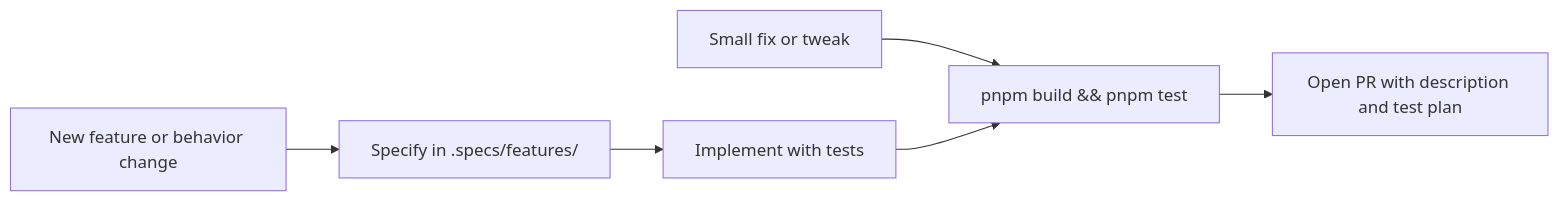
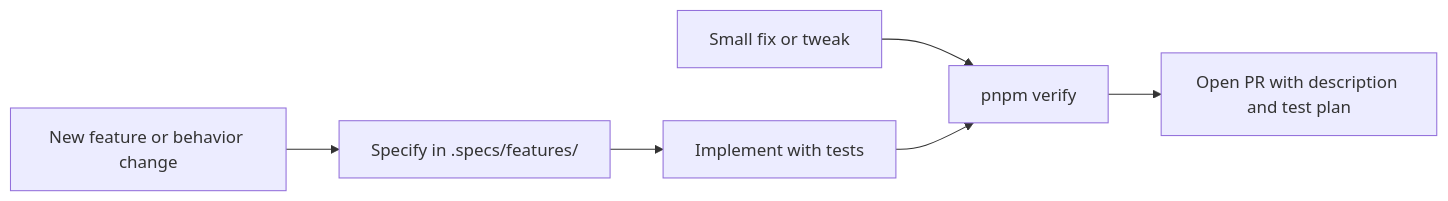
Before and after one commit to AlanTaranti/hotspot-scanner: the diagram in CONTRIBUTING.md, drawn with Mermaid. The commit also changed other lines of this file and 82 other files, not shown here.

First line of the commit message:
feat(dx): add CI, verify gate, and finish identity cleanup (M81)

````diff
--- a/CONTRIBUTING.md
+++ b/CONTRIBUTING.md
@@ -66,8 +66,8 @@
 ```mermaid
 flowchart LR
-  smallFix[Small fix or tweak] --> gate[pnpm build && pnpm test]
+  smallFix[Small fix or tweak] --> gate[pnpm verify]
   feature[New feature or behavior change] --> specs[Specify in .specs/features/]
   specs --> implement[Implement with tests]
   implement --> gate
   gate --> pr[Open PR with description and test plan]
 ```
````
